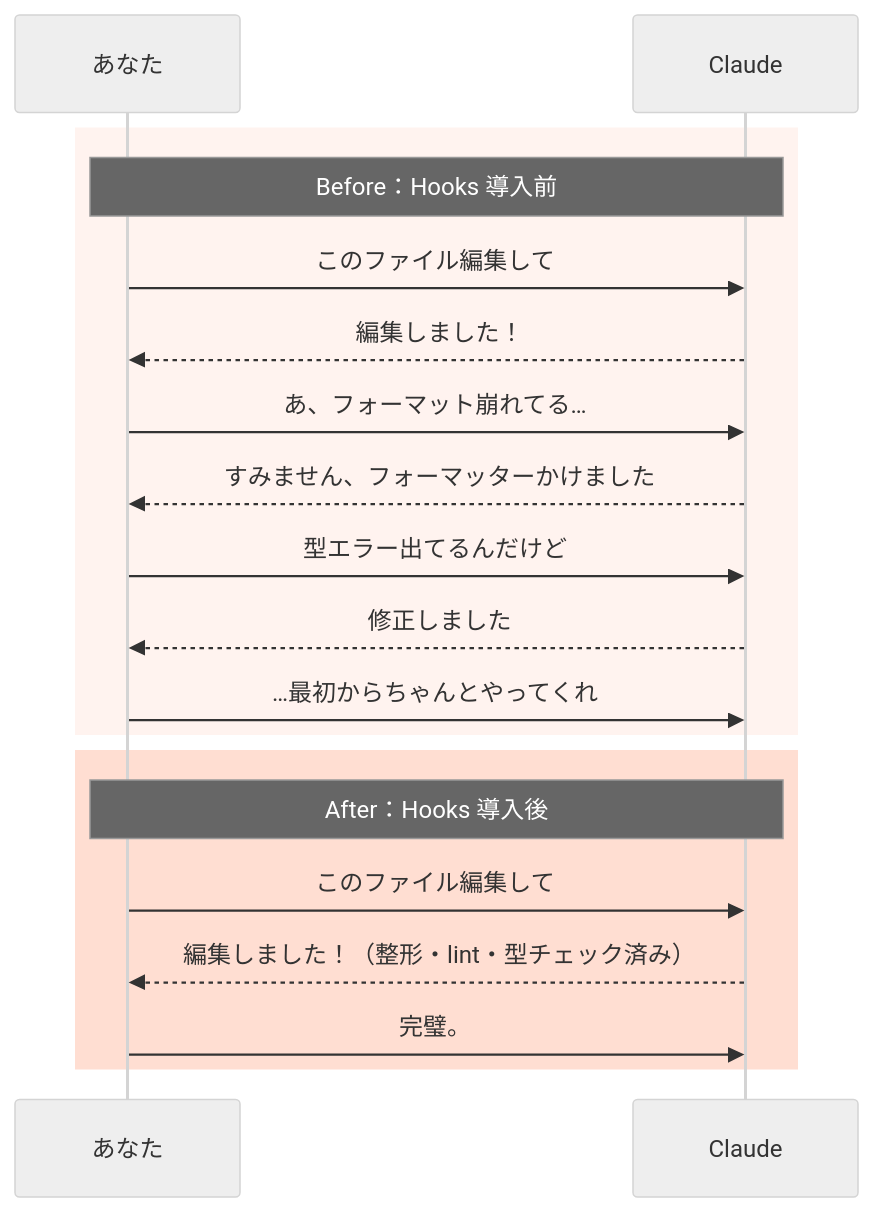
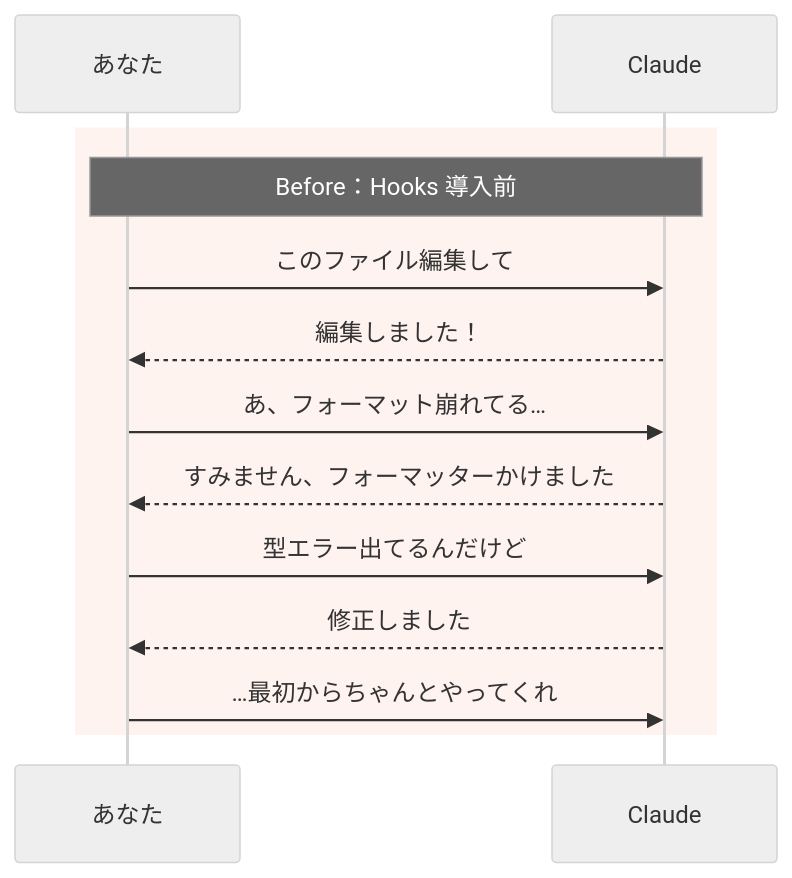
One commit to takuma39/ai changed the seventh of 11 diagrams in slide/01_claude-code.md. Above: the diagram before and after it, drawn with Mermaid (neutral theme). The commit also changed other lines of this file and 26 other files, not shown here.

````diff
--- a/slide/01_claude-code.md
+++ b/slide/01_claude-code.md
@@ -257,21 +257,15 @@
 ```mermaid
 sequenceDiagram
     participant U as あなた
     participant C as Claude
     rect rgba(255,107,53,0.08)
     Note over U,C: Before：Hooks 導入前
     U->>C: このファイル編集して
     C-->>U: 編集しました！
     U->>C: あ、フォーマット崩れてる…
     C-->>U: すみません、フォーマッターかけました
     U->>C: 型エラー出てるんだけど
     C-->>U: 修正しました
     U->>C: …最初からちゃんとやってくれ
     end
-    rect rgba(255,107,53,0.22)
-    Note over U,C: After：Hooks 導入後
-    U->>C: このファイル編集して
-    C-->>U: 編集しました！（整形・lint・型チェック済み）
-    U->>C: 完璧。
-    end
 ```
````
